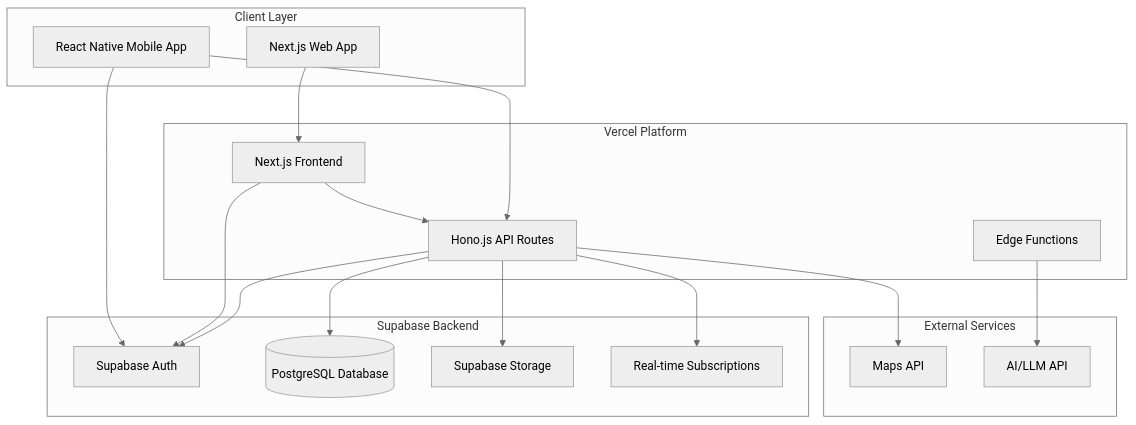
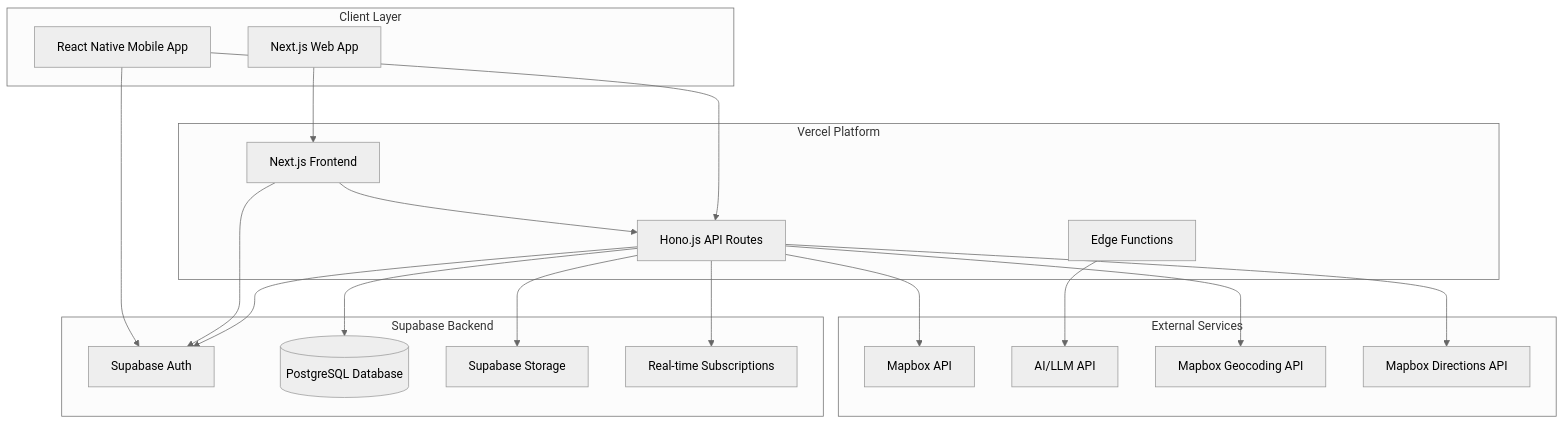
One commit to smallriver0316/tabiscript changed the diagram in .kiro/specs/tabi-script/design.md. Above: the diagram before and after it, drawn with Mermaid (neutral theme). The commit also changed other lines of this file and 1 other file, not shown here.

````diff
--- a/.kiro/specs/tabi-script/design.md
+++ b/.kiro/specs/tabi-script/design.md
@@ -11,39 +11,43 @@
 ```mermaid
 graph TB
     subgraph "Client Layer"
         WEB[Next.js Web App]
         MOBILE[React Native Mobile App]
     end
 
     subgraph "Vercel Platform"
         NEXTJS[Next.js Frontend]
         HONO[Hono.js API Routes]
         EDGE[Edge Functions]
     end
 
     subgraph "Supabase Backend"
         AUTH[Supabase Auth]
         DB[(PostgreSQL Database)]
         STORAGE[Supabase Storage]
         REALTIME[Real-time Subscriptions]
     end
 
     subgraph "External Services"
-        MAPS[Maps API]
+        MAPBOX[Mapbox API]
         AIAPI[AI/LLM API]
+        GEOCODING[Mapbox Geocoding API]
+        DIRECTIONS[Mapbox Directions API]
     end
 
     WEB --> NEXTJS
     MOBILE --> HONO
     NEXTJS --> HONO
     HONO --> AUTH
     HONO --> DB
     HONO --> STORAGE
     HONO --> REALTIME
 
-    HONO --> MAPS
+    HONO --> MAPBOX
+    HONO --> GEOCODING
+    HONO --> DIRECTIONS
     EDGE --> AIAPI
 
     NEXTJS --> AUTH
     MOBILE --> AUTH
 ```
````
